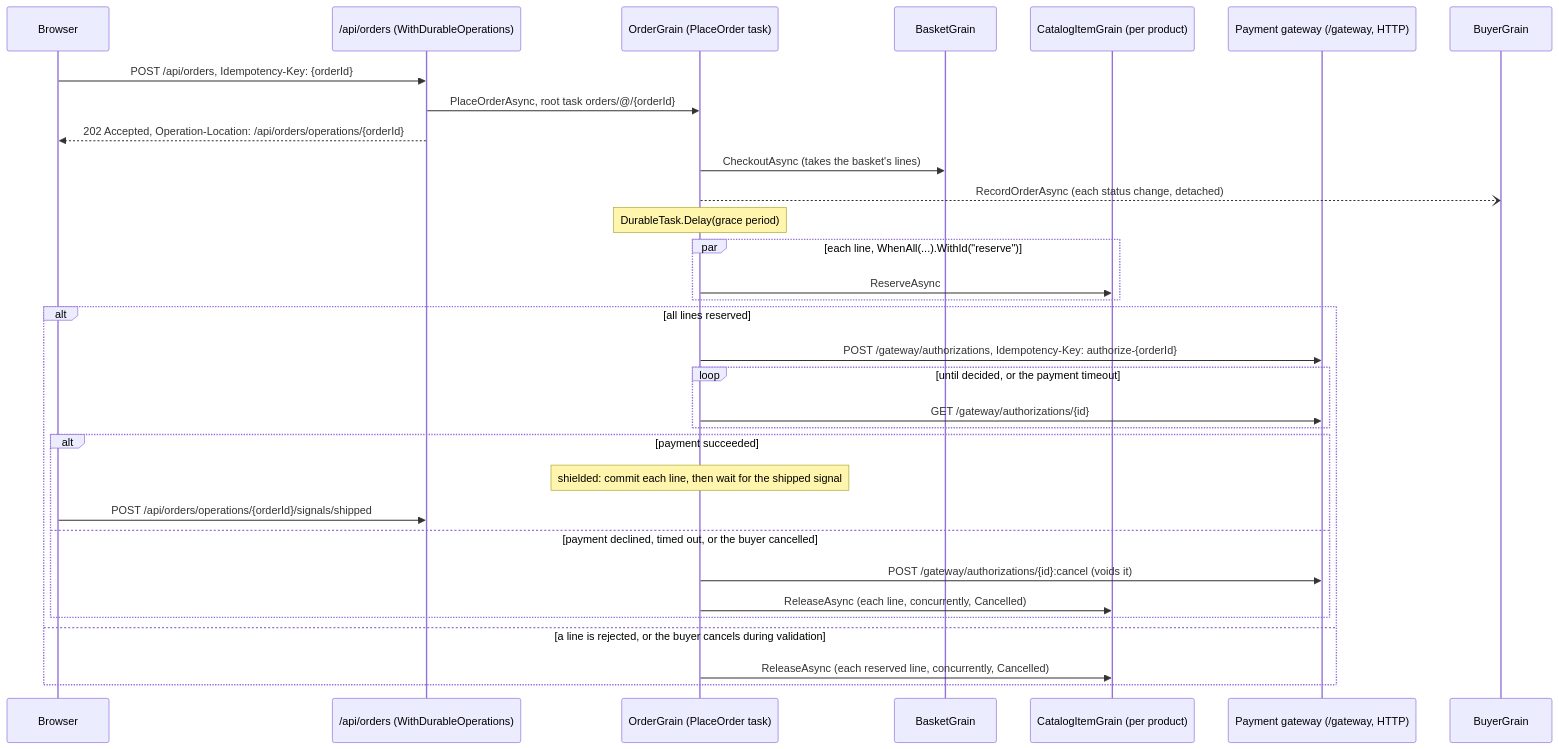
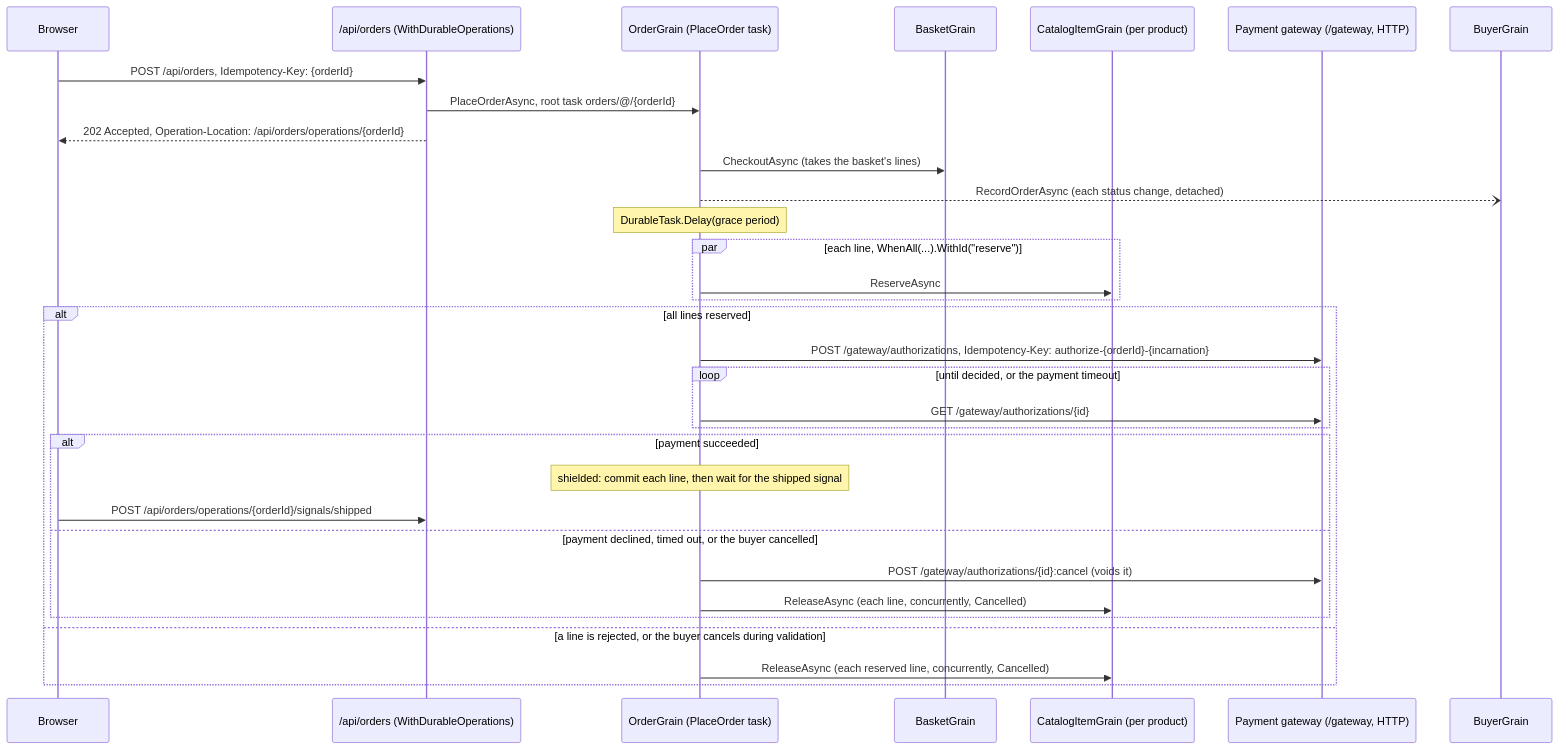
Before and after one commit to dotnet/orleans: the diagram in playground/DurableOrderProcessing/README.md, drawn with Mermaid. The commit also changed other lines of this file and 1 other file, not shown here.

Commit message:
fix(playground): key the order's authorization by the workflow's run [#11517]
#10680 adds DurableTask.Current.Incarnation to the hand-built idempotency
keys in the durable task guides. A later run of the same task ID, after
its retention ends, would otherwise reach the earlier run's effects. The
playground's authorization key, authorize-{orderId}, named only the
order, so a re-run of an order's workflow would have reached the earlier
run's authorization. The key is now authorize-{orderId}-{incarnation}. The
start and the void-recovery steps run in one workflow tree, so they share
the incarnation, and the recovery still finds the run's authorization.
Keys that IDurableHttpClient derives already include the incarnation.

````diff
--- a/playground/DurableOrderProcessing/README.md
+++ b/playground/DurableOrderProcessing/README.md
@@ -17,34 +17,34 @@
 ```mermaid
 sequenceDiagram
     participant Browser
     participant Api as /api/orders (WithDurableOperations)
     participant Order as OrderGrain (PlaceOrder task)
     participant Basket as BasketGrain
     participant Catalog as CatalogItemGrain (per product)
     participant Gateway as Payment gateway (/gateway, HTTP)
     participant Buyer as BuyerGrain
     Browser->>Api: POST /api/orders, Idempotency-Key: {orderId}
     Api->>Order: PlaceOrderAsync, root task orders/@/{orderId}
     Api-->>Browser: 202 Accepted, Operation-Location: /api/orders/operations/{orderId}
     Order->>Basket: CheckoutAsync (takes the basket's lines)
     Order--)Buyer: RecordOrderAsync (each status change, detached)
     Note over Order: DurableTask.Delay(grace period)
     par each line, WhenAll(...).WithId("reserve")
         Order->>Catalog: ReserveAsync
     end
     alt all lines reserved
-        Order->>Gateway: POST /gateway/authorizations, Idempotency-Key: authorize-{orderId}
+        Order->>Gateway: POST /gateway/authorizations, Idempotency-Key: authorize-{orderId}-{incarnation}
         loop until decided, or the payment timeout
             Order->>Gateway: GET /gateway/authorizations/{id}
         end
         alt payment succeeded
             Note over Order: shielded: commit each line, then wait for the shipped signal
             Browser->>Api: POST /api/orders/operations/{orderId}/signals/shipped
         else payment declined, timed out, or the buyer cancelled
             Order->>Gateway: POST /gateway/authorizations/{id}:cancel (voids it)
             Order->>Catalog: ReleaseAsync (each line, concurrently, Cancelled)
         end
     else a line is rejected, or the buyer cancels during validation
         Order->>Catalog: ReleaseAsync (each reserved line, concurrently, Cancelled)
     end
 ```
````
